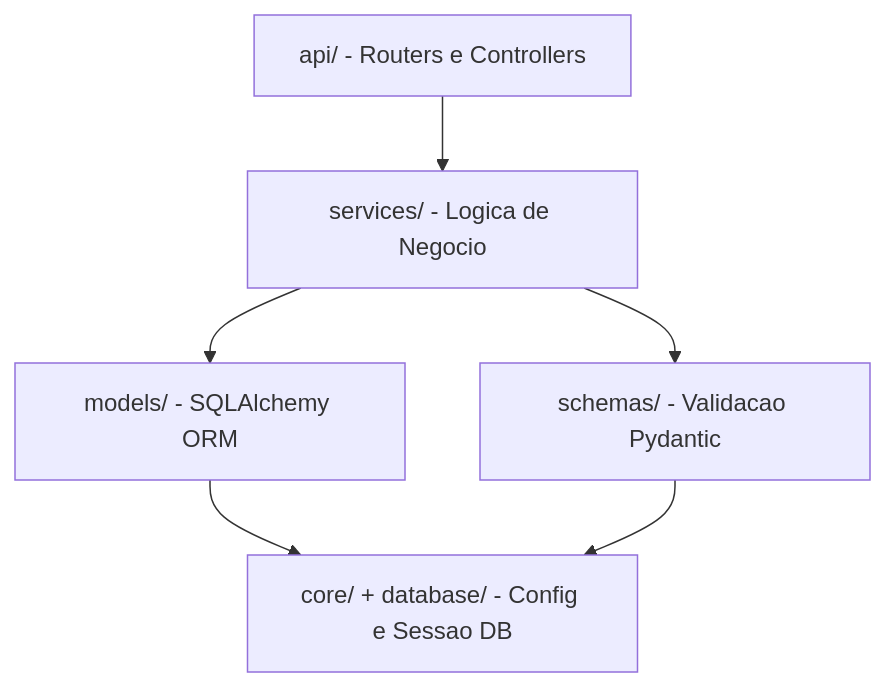
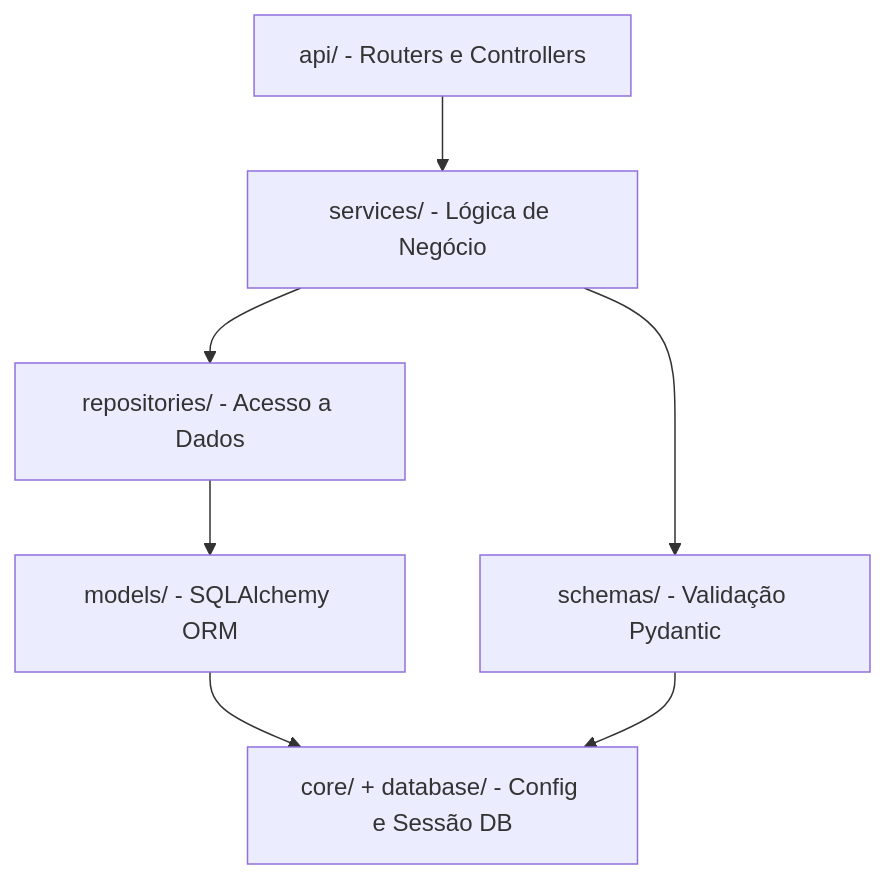
One commit to RafaelMouraG/FieldFLow changed the second of 2 diagrams in Documentos/diagrama-arquitetura.md. Above: the diagram before and after it, drawn with Mermaid. The commit also changed other lines of this file and 13 other files, not shown here.

````diff
--- a/Documentos/diagrama-arquitetura.md
+++ b/Documentos/diagrama-arquitetura.md
@@ -22,14 +22,16 @@
 ```mermaid
 flowchart TD
     ROUTER["api/ - Routers e Controllers"]
-    SERVICE["services/ - Logica de Negocio"]
+    SERVICE["services/ - Lógica de Negócio"]
+    REPO["repositories/ - Acesso a Dados"]
     MODEL["models/ - SQLAlchemy ORM"]
-    SCHEMA["schemas/ - Validacao Pydantic"]
-    INFRA["core/ + database/ - Config e Sessao DB"]
+    SCHEMA["schemas/ - Validação Pydantic"]
+    INFRA["core/ + database/ - Config e Sessão DB"]
 
     ROUTER --> SERVICE
-    SERVICE --> MODEL
+    SERVICE --> REPO
     SERVICE --> SCHEMA
+    REPO --> MODEL
     MODEL --> INFRA
     SCHEMA --> INFRA
 ```
````
